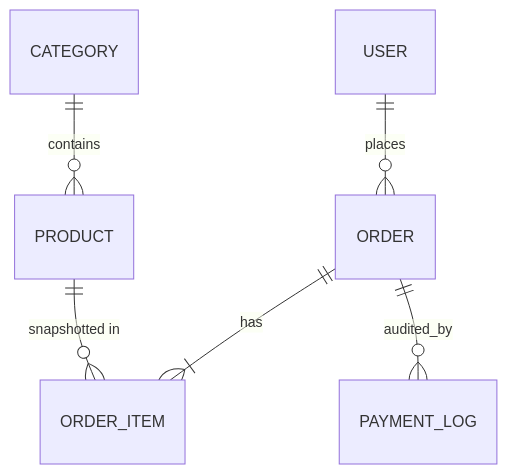
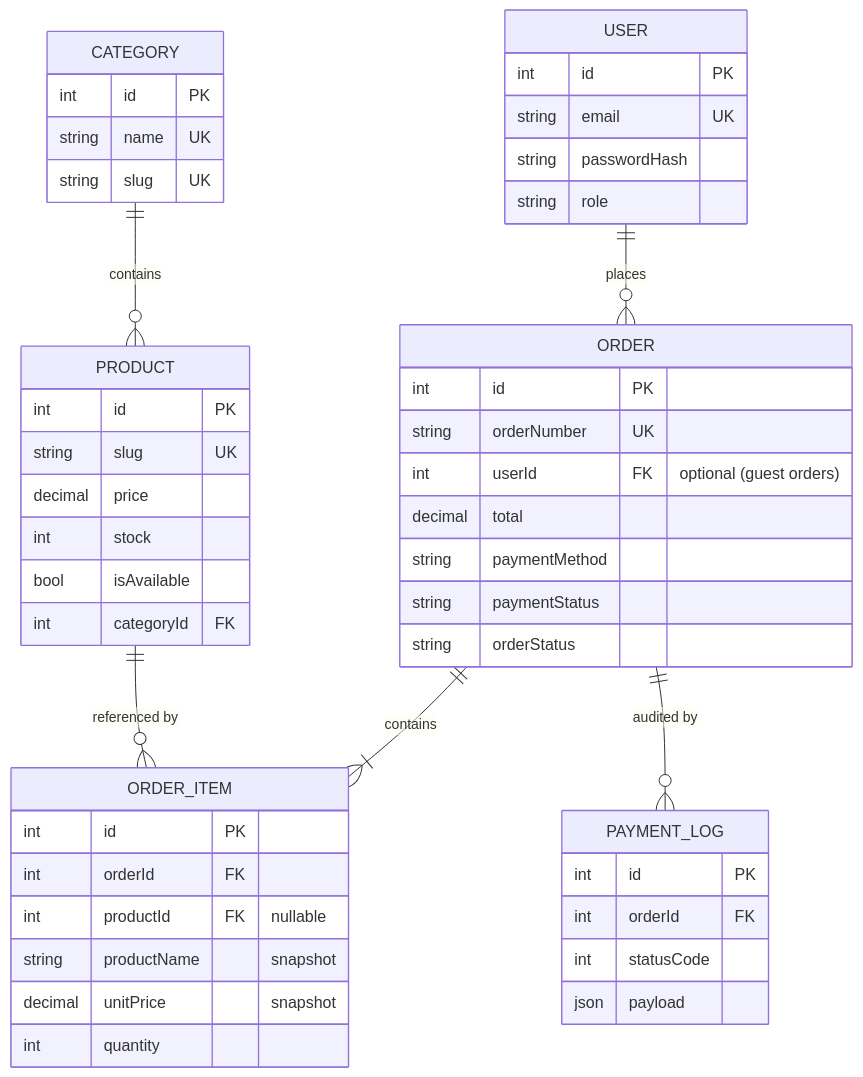
One commit to senura-medagoda/meal-rush-ordering-platform changed the second of 4 diagrams in README.md. Above: the diagram before and after it, drawn with Mermaid. The commit also changed other lines of this file, not shown here.

````diff
--- a/README.md
+++ b/README.md
@@ -52,8 +174,51 @@
 ```mermaid
 erDiagram
   USER ||--o{ ORDER : places
   CATEGORY ||--o{ PRODUCT : contains
-  ORDER ||--|{ ORDER_ITEM : has
-  PRODUCT ||--o{ ORDER_ITEM : "snapshotted in"
-  ORDER ||--o{ PAYMENT_LOG : audited_by
+  ORDER ||--|{ ORDER_ITEM : contains
+  PRODUCT ||--o{ ORDER_ITEM : "referenced by"
+  ORDER ||--o{ PAYMENT_LOG : "audited by"
+
+  USER {
+    int id PK
+    string email UK
+    string passwordHash
+    string role
+  }
+  CATEGORY {
+    int id PK
+    string name UK
+    string slug UK
+  }
+  PRODUCT {
+    int id PK
+    string slug UK
+    decimal price
+    int stock
+    bool isAvailable
+    int categoryId FK
+  }
+  ORDER {
+    int id PK
+    string orderNumber UK
+    int userId FK "optional (guest orders)"
+    decimal total
+    string paymentMethod
+    string paymentStatus
+    string orderStatus
+  }
+  ORDER_ITEM {
+    int id PK
+    int orderId FK
+    int productId FK "nullable"
+    string productName "snapshot"
+    decimal unitPrice "snapshot"
+    int quantity
+  }
+  PAYMENT_LOG {
+    int id PK
+    int orderId FK
+    int statusCode
+    json payload
+  }
 ```
````
